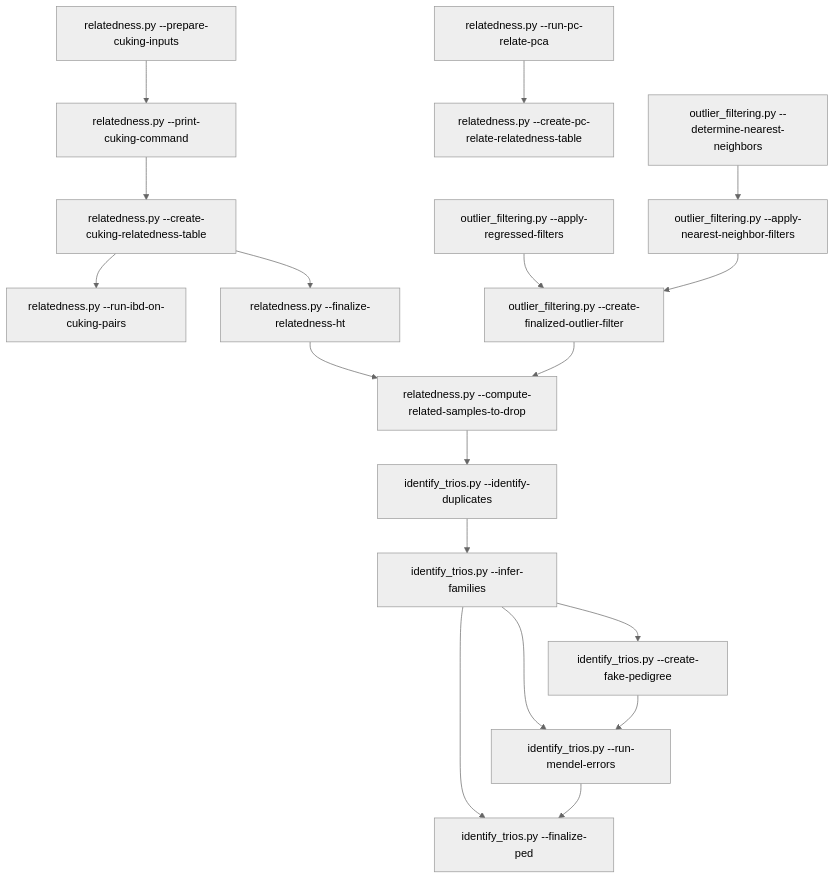
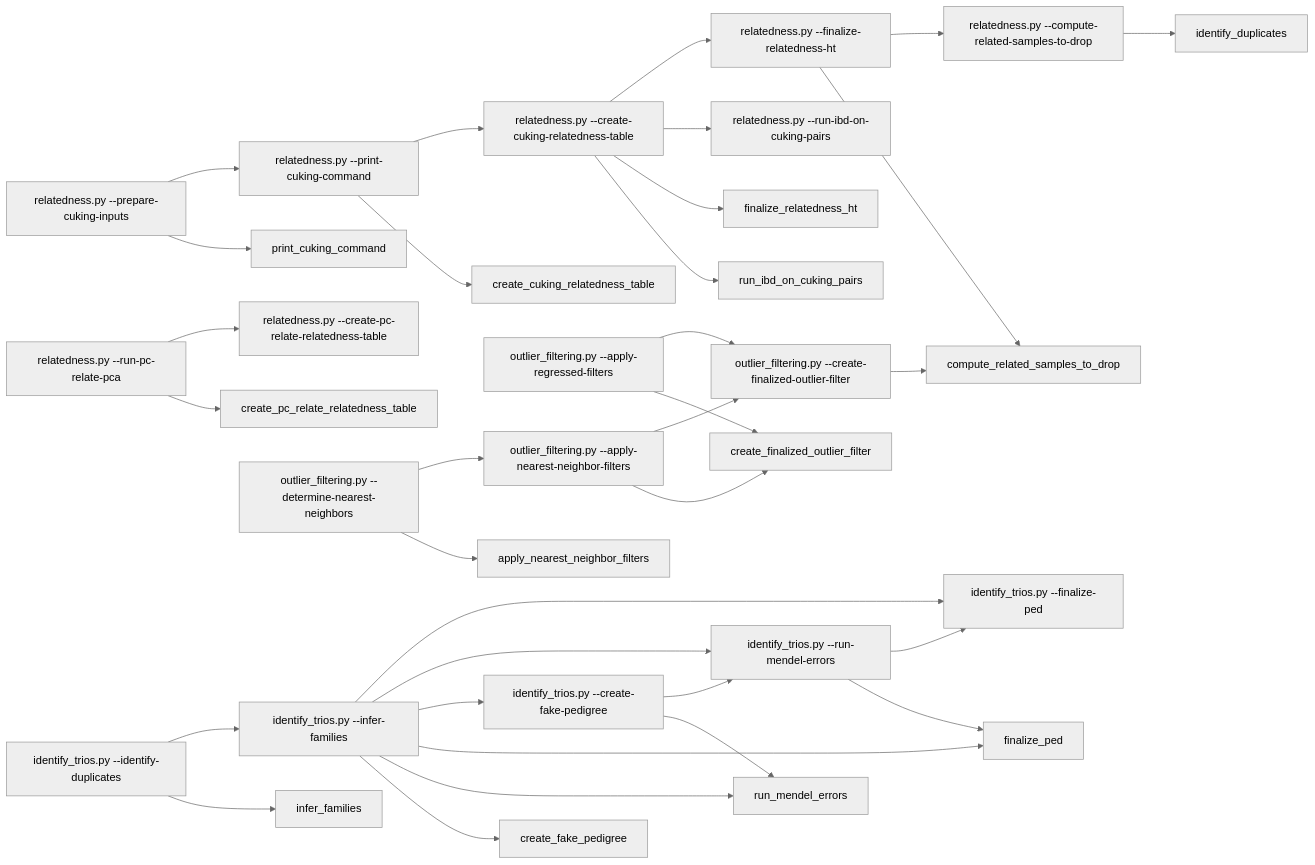
Before and after one commit to broadinstitute/gnomad_qc: the second of 18 diagrams in test_flowchart.md, drawn with Mermaid (neutral theme). The commit also changed other lines of this file, not shown here.

````diff
--- a/test_flowchart.md
+++ b/test_flowchart.md
@@ -13,20 +15,37 @@
 ```mermaid
-flowchart TD;
+flowchart LR;
+  classDef node_color fill:#BE4603
+
+  prepare-cuking-inputs["relatedness.py --prepare-cuking-inputs"] --> print_cuking_command["print_cuking_command"];
+  print-cuking-command["relatedness.py --print-cuking-command"] --> create_cuking_relatedness_table["create_cuking_relatedness_table"];
+  create-cuking-relatedness-table["relatedness.py --create-cuking-relatedness-table"] --> run_ibd_on_cuking_pairs["run_ibd_on_cuking_pairs"];
+  create-cuking-relatedness-table["relatedness.py --create-cuking-relatedness-table"] --> finalize_relatedness_ht["finalize_relatedness_ht"];
+  finalize-relatedness-ht["relatedness.py --finalize-relatedness-ht"] --> compute_related_samples_to_drop["compute_related_samples_to_drop"];
+  create-finalized-outlier-filter["outlier_filtering.py --create-finalized-outlier-filter"] --> compute_related_samples_to_drop["compute_related_samples_to_drop"];
+  run-pc-relate-pca["relatedness.py --run-pc-relate-pca"] --> create_pc_relate_relatedness_table["create_pc_relate_relatedness_table"];
   prepare-cuking-inputs["relatedness.py --prepare-cuking-inputs"] --> print-cuking-command["relatedness.py --print-cuking-command"];
   print-cuking-command["relatedness.py --print-cuking-command"] --> create-cuking-relatedness-table["relatedness.py --create-cuking-relatedness-table"];
   create-cuking-relatedness-table["relatedness.py --create-cuking-relatedness-table"] --> run-ibd-on-cuking-pairs["relatedness.py --run-ibd-on-cuking-pairs"];
   create-cuking-relatedness-table["relatedness.py --create-cuking-relatedness-table"] --> finalize-relatedness-ht["relatedness.py --finalize-relatedness-ht"];
   finalize-relatedness-ht["relatedness.py --finalize-relatedness-ht"] --> compute-related-samples-to-drop["relatedness.py --compute-related-samples-to-drop"];
-  create-finalized-outlier-filter["outlier_filtering.py --create-finalized-outlier-filter"] --> compute-related-samples-to-drop["relatedness.py --compute-related-samples-to-drop"];
   run-pc-relate-pca["relatedness.py --run-pc-relate-pca"] --> create-pc-relate-relatedness-table["relatedness.py --create-pc-relate-relatedness-table"];
+  apply-regressed-filters["outlier_filtering.py --apply-regressed-filters"] --> create_finalized_outlier_filter["create_finalized_outlier_filter"];
+  apply-nearest-neighbor-filters["outlier_filtering.py --apply-nearest-neighbor-filters"] --> create_finalized_outlier_filter["create_finalized_outlier_filter"];
+  determine-nearest-neighbors["outlier_filtering.py --determine-nearest-neighbors"] --> apply_nearest_neighbor_filters["apply_nearest_neighbor_filters"];
   apply-regressed-filters["outlier_filtering.py --apply-regressed-filters"] --> create-finalized-outlier-filter["outlier_filtering.py --create-finalized-outlier-filter"];
+  determine-nearest-neighbors["outlier_filtering.py --determine-nearest-neighbors"] --> apply-nearest-neighbor-filters["outlier_filtering.py --apply-nearest-neighbor-filters"];
   apply-nearest-neighbor-filters["outlier_filtering.py --apply-nearest-neighbor-filters"] --> create-finalized-outlier-filter["outlier_filtering.py --create-finalized-outlier-filter"];
-  determine-nearest-neighbors["outlier_filtering.py --determine-nearest-neighbors"] --> apply-nearest-neighbor-filters["outlier_filtering.py --apply-nearest-neighbor-filters"];
-  compute-related-samples-to-drop["relatedness.py --compute-related-samples-to-drop"] --> identify-duplicates["identify_trios.py --identify-duplicates"];
+  compute-related-samples-to-drop["relatedness.py --compute-related-samples-to-drop"] --> identify_duplicates["identify_duplicates"];
+  identify-duplicates["identify_trios.py --identify-duplicates"] --> infer_families["infer_families"];
+  infer-families["identify_trios.py --infer-families"] --> create_fake_pedigree["create_fake_pedigree"];
+  infer-families["identify_trios.py --infer-families"] --> run_mendel_errors["run_mendel_errors"];
+  create-fake-pedigree["identify_trios.py --create-fake-pedigree"] --> run_mendel_errors["run_mendel_errors"];
+  infer-families["identify_trios.py --infer-families"] --> finalize_ped["finalize_ped"];
+  run-mendel-errors["identify_trios.py --run-mendel-errors"] --> finalize_ped["finalize_ped"];
   identify-duplicates["identify_trios.py --identify-duplicates"] --> infer-families["identify_trios.py --infer-families"];
   infer-families["identify_trios.py --infer-families"] --> create-fake-pedigree["identify_trios.py --create-fake-pedigree"];
+  create-fake-pedigree["identify_trios.py --create-fake-pedigree"] --> run-mendel-errors["identify_trios.py --run-mendel-errors"];
+  run-mendel-errors["identify_trios.py --run-mendel-errors"] --> finalize-ped["identify_trios.py --finalize-ped"];
   infer-families["identify_trios.py --infer-families"] --> run-mendel-errors["identify_trios.py --run-mendel-errors"];
-  create-fake-pedigree["identify_trios.py --create-fake-pedigree"] --> run-mendel-errors["identify_trios.py --run-mendel-errors"];
   infer-families["identify_trios.py --infer-families"] --> finalize-ped["identify_trios.py --finalize-ped"];
-  run-mendel-errors["identify_trios.py --run-mendel-errors"] --> finalize-ped["identify_trios.py --finalize-ped"];
 ```
````
